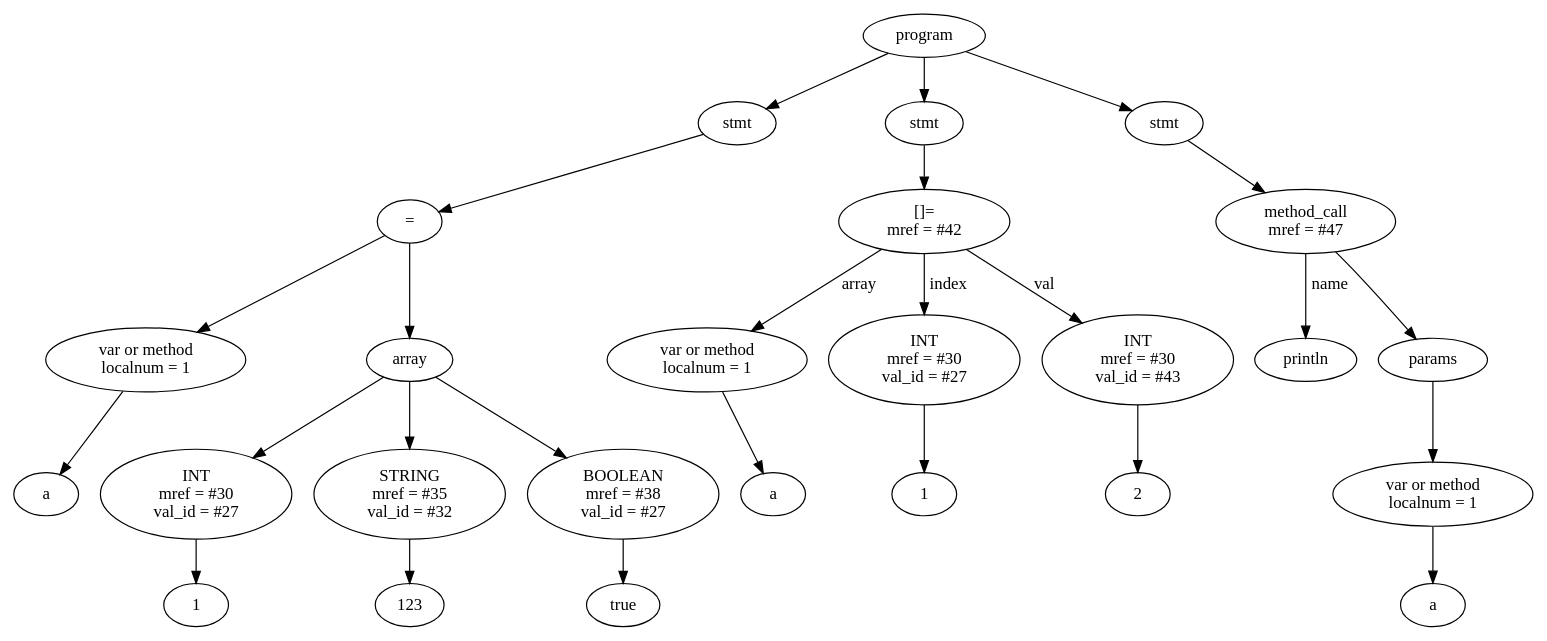
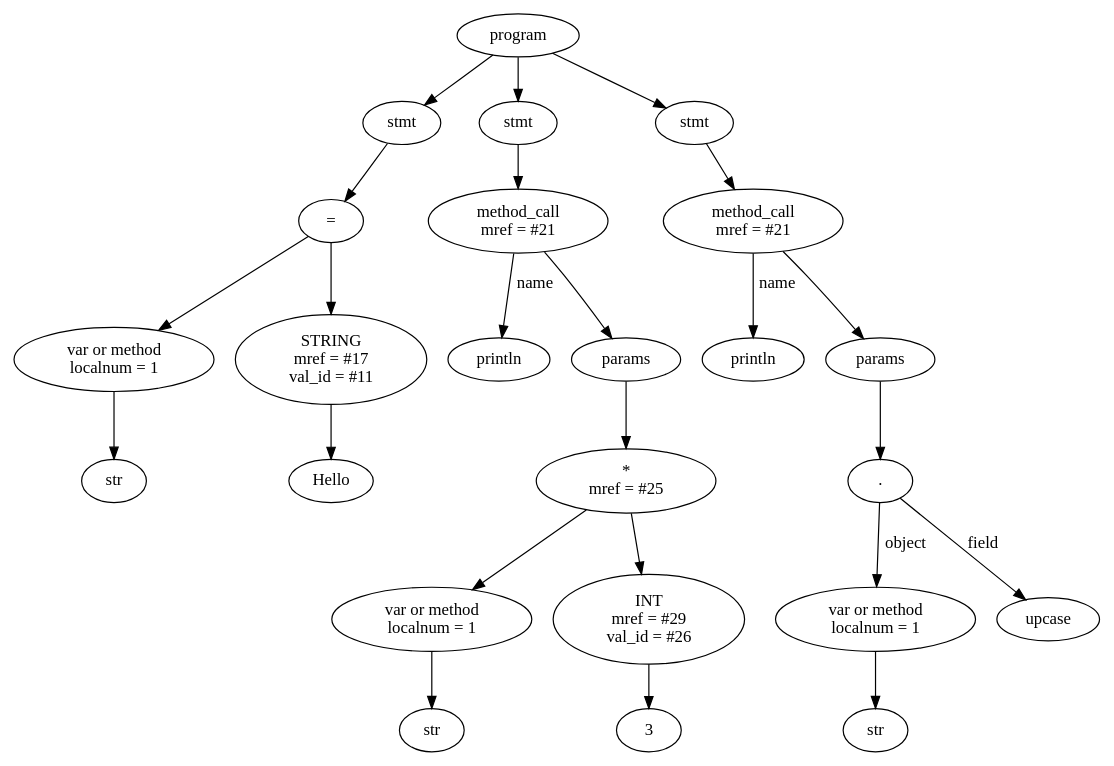
The diagram in RubyCompiler/tree.dot (Kulakov-Nikita/RubyCompiler), drawn with Graphviz before and after one commit.

Commit message:
Исправил генерацию дот файла

```diff
--- a/RubyCompiler/tree.dot
+++ b/RubyCompiler/tree.dot
@@ -1,53 +1,48 @@
 digraph G {
-Id014250E0 [label="program"]
-Id01424488 [label="stmt"]
-Id01424418 [label="="]
-Id014241E8 [label="var or method\n localnum = 1"]
-IdVal014241E8 [label="a"]
-Id014241E8->IdVal014241E8
-Id014243A8 [label = "array"]
-Id01424258 [label="INT\n mref = #30\n val_id = #27"]
-IdVal01424258 [label="1"]
-Id01424258->IdVal01424258
-Id014243A8->Id01424258
-Id014242C8 [label="STRING\n mref = #35\n val_id = #32"]
-IdVal014242C8 [label="123"]
-Id014242C8->IdVal014242C8
-Id014243A8->Id014242C8
-Id01424338 [label="BOOLEAN\n mref = #38\n val_id = #27"]
-IdVal01424338 [label="true"]
-Id01424338->IdVal01424338
-Id014243A8->Id01424338
-Id01424418->Id014241E8
-Id01424418->Id014243A8
-Id01424488->Id01424418
-Id014250E0->Id01424488
-Id01424DB0 [label="stmt"]
-Id014246D8 [label="[]=\nmref = #42"]
-Id01424518 [label="var or method\n localnum = 1"]
-IdVal01424518 [label="a"]
-Id01424518->IdVal01424518
-Id014246D8->Id01424518 [label = "array"]
-Id01424588 [label="INT\n mref = #30\n val_id = #27"]
-IdVal01424588 [label="1"]
-Id01424588->IdVal01424588
-Id014246D8->Id01424588 [label = "index"]
-Id01424668 [label="INT\n mref = #30\n val_id = #43"]
-IdVal01424668 [label="2"]
-Id01424668->IdVal01424668
-Id014246D8->Id01424668 [label = "val"]
-Id01424DB0->Id014246D8
-Id014250E0->Id01424DB0
-Id01424AE0 [label="stmt"]
-Id01425030 [label="method_call\n mref = #47"]
-IdMethodNameVal01425030 [label="println"]
-Id01425030->IdMethodNameVal01425030 [label="name"]
-Id0141EBF8 [label="params"]
-Id01425030->Id0141EBF8
-Id01424FC0 [label="var or method\n localnum = 1"]
-IdVal01424FC0 [label="a"]
-Id01424FC0->IdVal01424FC0
-Id0141EBF8->Id01424FC0
-Id01424AE0->Id01425030
-Id014250E0->Id01424AE0
+Id000001fc143262f0 [label="program"]
+Id000001fc143018f0 [label="stmt"]
+Id000001fc14301860 [label="="]
+Id000001fc14301760 [label="var or method\n localnum = 1"]
+IdVal000001fc14301760 [label="str"]
+Id000001fc14301760->IdVal000001fc14301760
+Id000001fc143017f0 [label="STRING\n mref = #17\n val_id = #11"]
+IdVal000001fc143017f0 [label="Hello"]
+Id000001fc143017f0->IdVal000001fc143017f0
+Id000001fc14301860->Id000001fc14301760
+Id000001fc14301860->Id000001fc143017f0
+Id000001fc143018f0->Id000001fc14301860
+Id000001fc143262f0->Id000001fc143018f0
+Id000001fc14301bb0 [label="stmt"]
+Id000001fc14301b20 [label="method_call\n mref = #21"]
+IdMethodNameVal000001fc14301b20 [label="println"]
+Id000001fc14301b20->IdMethodNameVal000001fc14301b20 [label="name"]
+Id000001fc14301b00 [label="params"]
+Id000001fc14301b20->Id000001fc14301b00
+Id000001fc14301a90 [label="*\n mref = #25"]
+Id000001fc143019b0 [label="var or method\n localnum = 1"]
+IdVal000001fc143019b0 [label="str"]
+Id000001fc143019b0->IdVal000001fc143019b0
+Id000001fc14301a20 [label="INT\n mref = #29\n val_id = #26"]
+IdVal000001fc14301a20 [label="3"]
+Id000001fc14301a20->IdVal000001fc14301a20
+Id000001fc14301a90->Id000001fc143019b0
+Id000001fc14301a90->Id000001fc14301a20
+Id000001fc14301b00->Id000001fc14301a90
+Id000001fc14301bb0->Id000001fc14301b20
+Id000001fc143262f0->Id000001fc14301bb0
+Id000001fc14326270 [label="stmt"]
+Id000001fc14326200 [label="method_call\n mref = #21"]
+IdMethodNameVal000001fc14326200 [label="println"]
+Id000001fc14326200->IdMethodNameVal000001fc14326200 [label="name"]
+Id000001fc143261e0 [label="params"]
+Id000001fc14326200->Id000001fc143261e0
+Id000001fc14326170 [label="."]Id000001fc143260e0 [label="var or method\n localnum = 1"]
+IdVal000001fc143260e0 [label="str"]
+Id000001fc143260e0->IdVal000001fc143260e0
+Id000001fc14326170->Id000001fc143260e0 [label = "object"]
+Id000001fc14326150 [label = "upcase"]
+Id000001fc14326170->Id000001fc14326150 [label = "field"]
+Id000001fc143261e0->Id000001fc14326170
+Id000001fc14326270->Id000001fc14326200
+Id000001fc143262f0->Id000001fc14326270
 }
```
